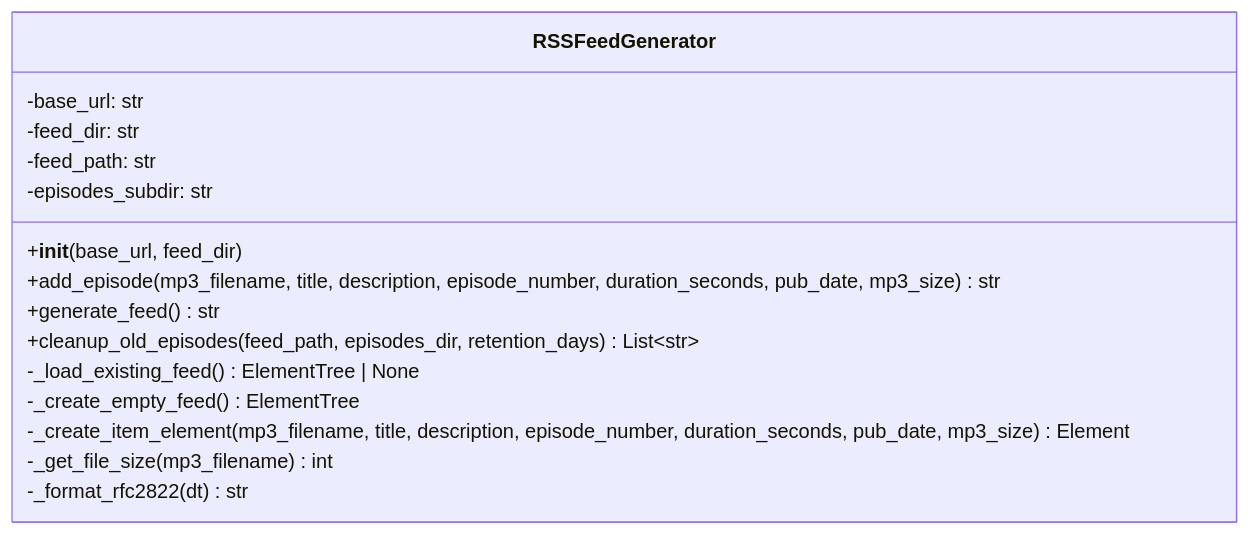
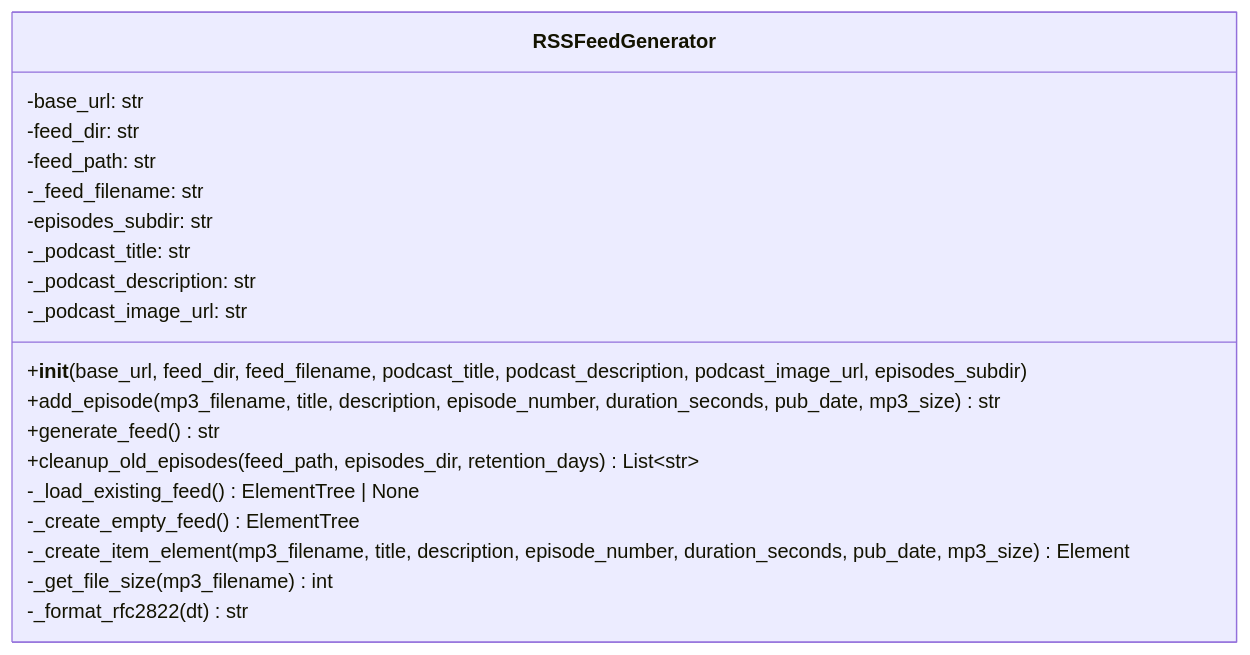
Before and after one commit to necoha/auto-podcast: the fourth of 7 diagrams in docs/LLD.md, drawn with Mermaid. The commit also changed other lines of this file and 4 other files, not shown here.

````diff
--- a/docs/LLD.md
+++ b/docs/LLD.md
@@ -228,18 +287,22 @@
 ```mermaid
 classDiagram
     class RSSFeedGenerator {
         -base_url: str
         -feed_dir: str
         -feed_path: str
+        -_feed_filename: str
         -episodes_subdir: str
-        +__init__(base_url, feed_dir)
+        -_podcast_title: str
+        -_podcast_description: str
+        -_podcast_image_url: str
+        +__init__(base_url, feed_dir, feed_filename, podcast_title, podcast_description, podcast_image_url, episodes_subdir)
         +add_episode(mp3_filename, title, description, episode_number, duration_seconds, pub_date, mp3_size) str
         +generate_feed() str
         +cleanup_old_episodes(feed_path, episodes_dir, retention_days) List~str~
         -_load_existing_feed() ElementTree | None
         -_create_empty_feed() ElementTree
         -_create_item_element(mp3_filename, title, description, episode_number, duration_seconds, pub_date, mp3_size) Element
         -_get_file_size(mp3_filename) int
         -_format_rfc2822(dt) str
     }
 ```
````
